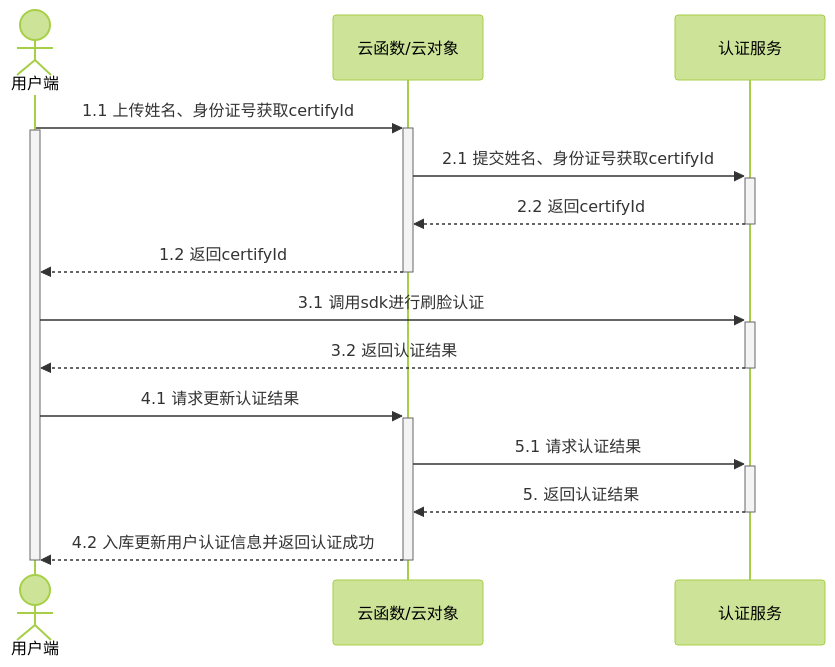
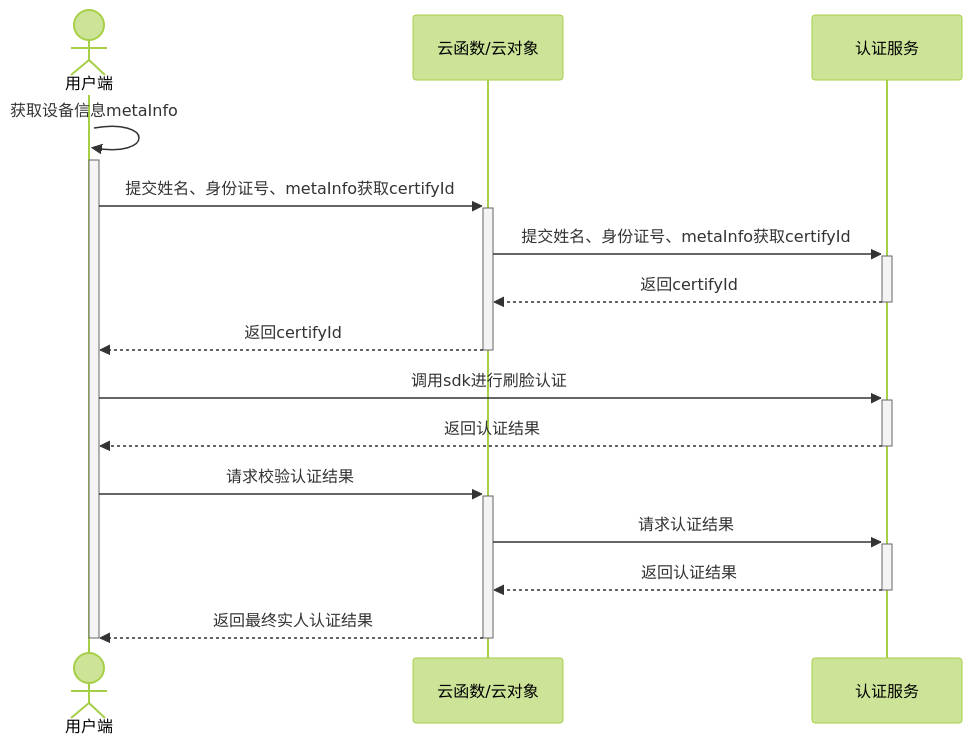
One commit to dcloudio/unidocs-zh changed the diagram in docs/uniCloud/frv/dev.md. Above: the diagram before and after it, drawn with Mermaid (forest theme). The commit also changed other lines of this file, not shown here.

Commit message:
docs: update uniCloud frv

````diff
--- a/docs/uniCloud/frv/dev.md
+++ b/docs/uniCloud/frv/dev.md
@@ -18,18 +19,19 @@
 ```mermaid
 sequenceDiagram
   actor user as 用户端
   participant cf as 云函数/云对象
   participant service as 认证服务
-  user->>+cf: 1.1 上传姓名、身份证号获取certifyId
   activate user
-  cf->>+service: 2.1 提交姓名、身份证号获取certifyId
-  service-->>-cf: 2.2 返回certifyId
-  cf-->>-user: 1.2 返回certifyId
-  user->>+service: 3.1 调用sdk进行刷脸认证
-  service-->>-user: 3.2 返回认证结果
-  user->>+cf: 4.1 请求更新认证结果
-  cf->>+service: 5.1 请求认证结果
-  service-->>-cf: 5. 返回认证结果
-  cf-->>-user: 4.2 入库更新用户认证信息并返回认证成功
+  user->>+user: 获取设备信息metaInfo
+  user->>+cf: 提交姓名、身份证号、metaInfo获取certifyId
+  cf->>+service: 提交姓名、身份证号、metaInfo获取certifyId
+  service-->>-cf: 返回certifyId
+  cf-->>-user: 返回certifyId
+  user->>+service: 调用sdk进行刷脸认证
+  service-->>-user: 返回认证结果
+  user->>+cf: 请求校验认证结果
+  cf->>+service: 请求认证结果
+  service-->>-cf: 返回认证结果
+  cf-->>-user: 返回最终实人认证结果
   deactivate user
 ```
````
